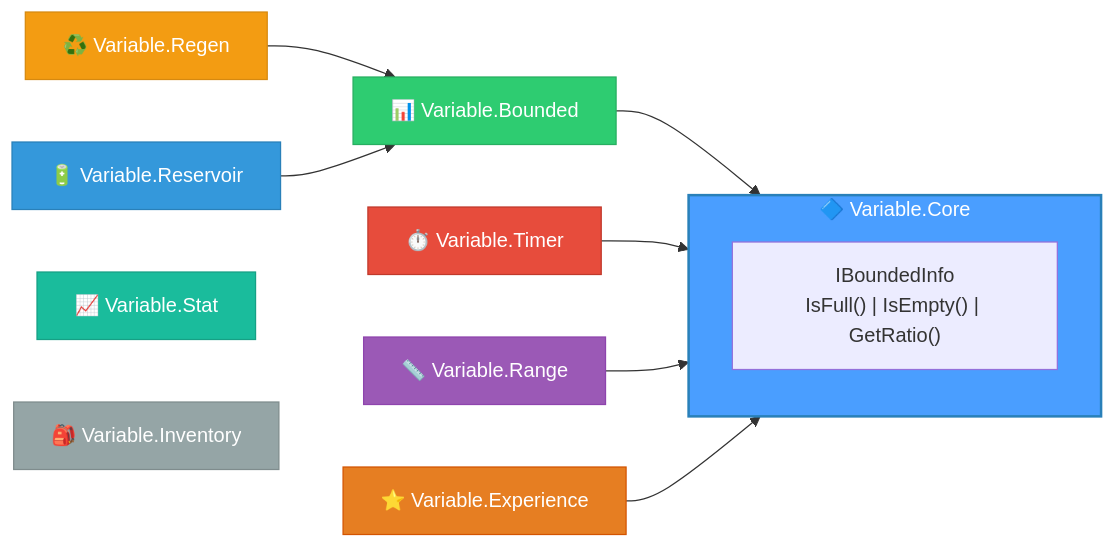
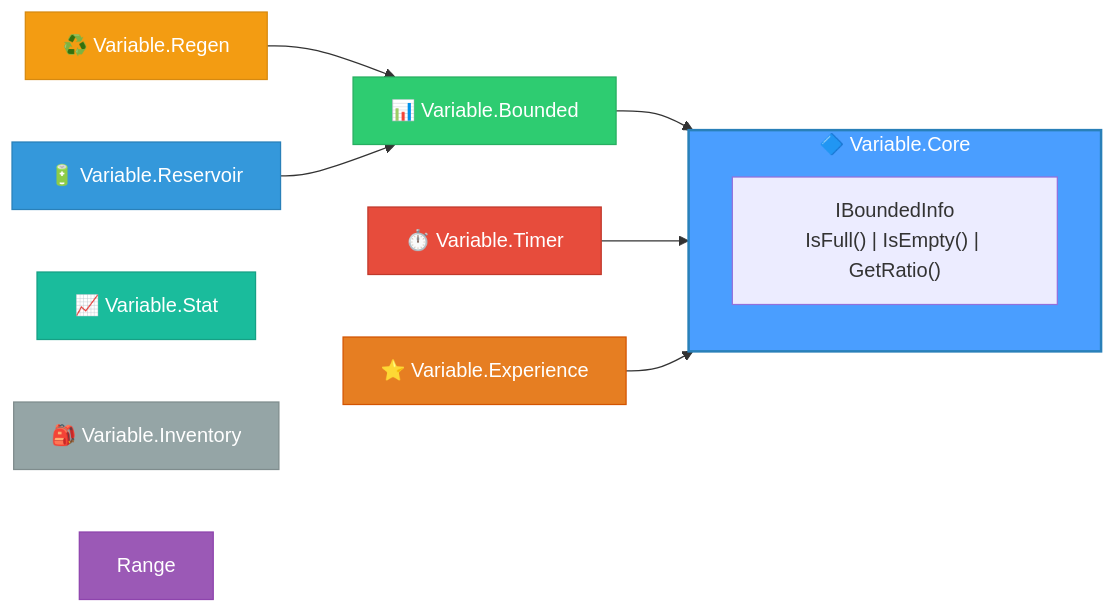
Before and after one commit to IAFahim/GameVariable: the diagram in README.md, drawn with Mermaid. The commit also changed other lines of this file and 14 other files, not shown here.

````diff
--- a/README.md
+++ b/README.md
@@ -131,25 +131,24 @@
 ```mermaid
 graph LR
     subgraph Core["🔷 Variable.Core"]
         IBoundedInfo["IBoundedInfo<br/>IsFull() | IsEmpty() | GetRatio()"]
     end
     
     Bounded["📊 Variable.Bounded"] --> Core
     Timer["⏱️ Variable.Timer"] --> Core
-    Range["📏 Variable.Range"] --> Core
     Regen["♻️ Variable.Regen"] --> Bounded
     Reservoir["🔋 Variable.Reservoir"] --> Bounded
     Experience["⭐ Variable.Experience"] --> Core
     Stat["📈 Variable.Stat"]
     Inventory["🎒 Variable.Inventory"]
     
     style Core fill:#4a9eff,stroke:#2980b9,stroke-width:2px,color:#fff
     style Bounded fill:#2ecc71,stroke:#27ae60,color:#fff
     style Timer fill:#e74c3c,stroke:#c0392b,color:#fff
     style Range fill:#9b59b6,stroke:#8e44ad,color:#fff
     style Regen fill:#f39c12,stroke:#d68910,color:#fff
     style Reservoir fill:#3498db,stroke:#2980b9,color:#fff
     style Experience fill:#e67e22,stroke:#d35400,color:#fff
     style Stat fill:#1abc9c,stroke:#16a085,color:#fff
     style Inventory fill:#95a5a6,stroke:#7f8c8d,color:#fff
 ```
````
